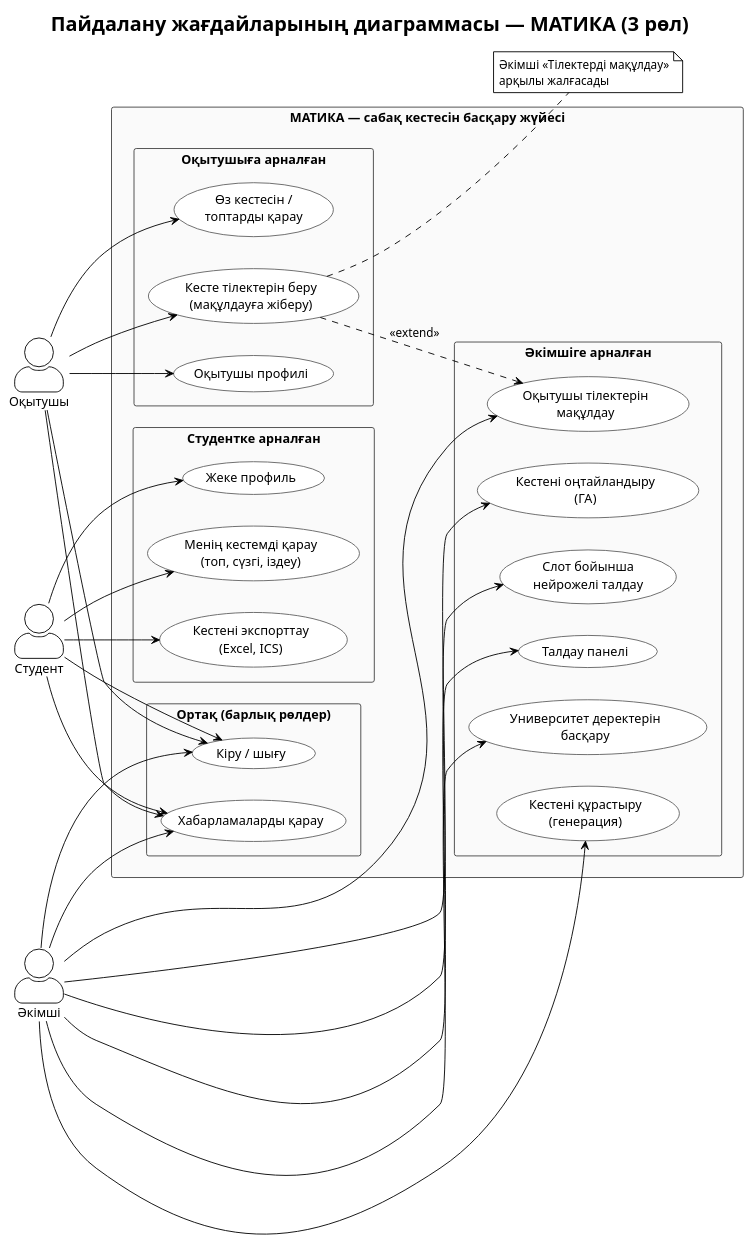
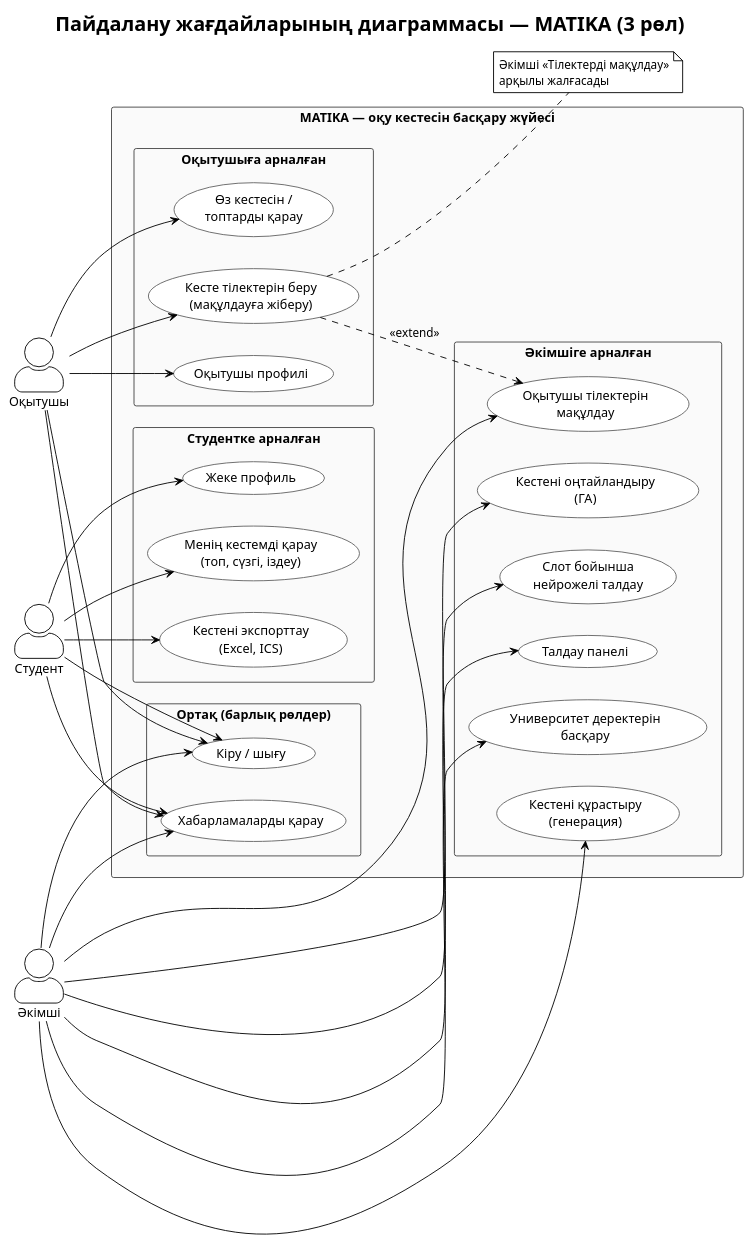
One commit to Remo000000/MATIKA_PROTOTYPE changed the diagram in docs/plantuml/01_use_case_matika.puml. Above: the diagram before and after it, drawn with PlantUML. The commit also changed 7 other files, not shown here.

First line of the commit message:
docs: обновление дипломной документации и PlantUML, диаграмма компонентов, удаление генератора docx

```diff
--- a/docs/plantuml/01_use_case_matika.puml
+++ b/docs/plantuml/01_use_case_matika.puml
@@ -1,85 +1,85 @@
 @startuml MATIKA_UseCase_ThreeRoles
 !theme plain
 skinparam packageStyle rectangle
 skinparam package {
   BackgroundColor #FAFAFA
   BorderColor #424242
 }
 skinparam usecase {
   BackgroundColor #FFFFFF
   BorderColor #616161
 }
 skinparam actorStyle awesome
 
-title Пайдалану жағдайларының диаграммасы — МАТИКА (3 рөл)
+title Пайдалану жағдайларының диаграммасы — MATIKA (3 рөл)
 
 left to right direction
 
 actor "Студент" as Stu
 actor "Оқытушы" as Tch
 actor "Әкімші" as Adm
 
-rectangle "МАТИКА — сабақ кестесін басқару жүйесі" {
+rectangle "MATIKA — оқу кестесін басқару жүйесі" {
 
   package "Ортақ (барлық рөлдер)" as P_common {
     usecase "Кіру / шығу" as UC_login
     usecase "Хабарламаларды қарау" as UC_notif
   }
 
   package "Студентке арналған" as P_stu {
     usecase "Менің кестемді қарау\n(топ, сүзгі, іздеу)" as UC_mysched
     usecase "Кестені экспорттау\n(Excel, ICS)" as UC_export
     usecase "Жеке профиль" as UC_prof_stu
   }
 
   package "Оқытушыға арналған" as P_tch {
     usecase "Өз кестесін /\nтоптарды қарау" as UC_tsched
     usecase "Кесте тілектерін беру\n(мақұлдауға жіберу)" as UC_prefs
     usecase "Оқытушы профилі" as UC_tprof
   }
 
   package "Әкімшіге арналған" as P_adm {
     usecase "Университет деректерін\nбасқару" as UC_univ
     usecase "Кестені құрастыру\n(генерация)" as UC_gen
     usecase "Кестені оңтайландыру\n(ГА)" as UC_opt
     usecase "Талдау панелі" as UC_an
     usecase "Слот бойынша\nнейрожелі талдау" as UC_ml
     usecase "Оқытушы тілектерін\nмақұлдау" as UC_appr
   }
 }
 
 ' --- Ортақ
 Stu --> UC_login
 Stu --> UC_notif
 Tch --> UC_login
 Tch --> UC_notif
 Adm --> UC_login
 Adm --> UC_notif
 
 ' --- Студент
 Stu --> UC_mysched
 Stu --> UC_export
 Stu --> UC_prof_stu
 
 ' --- Оқытушы
 Tch --> UC_tsched
 Tch --> UC_prefs
 Tch --> UC_tprof
 
 ' --- Әкімші
 Adm --> UC_univ
 Adm --> UC_gen
 Adm --> UC_opt
 Adm --> UC_an
 Adm --> UC_ml
 Adm --> UC_appr
 
 ' --- Байланыс: тілек беру ↔ мақұлдау
 UC_prefs ..> UC_appr : <<extend>>
 
 note right of UC_prefs
   Әкімші «Тілектерді мақұлдау»
   арқылы жалғасады
 end note
 
 @enduml
```
